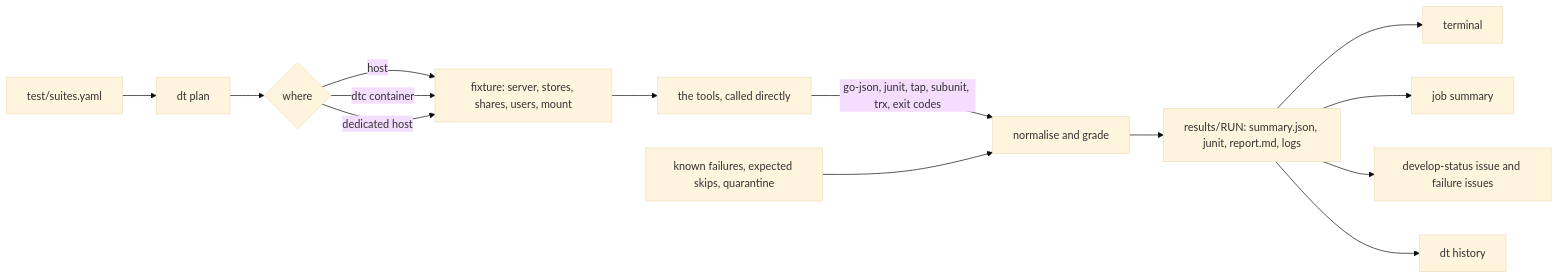
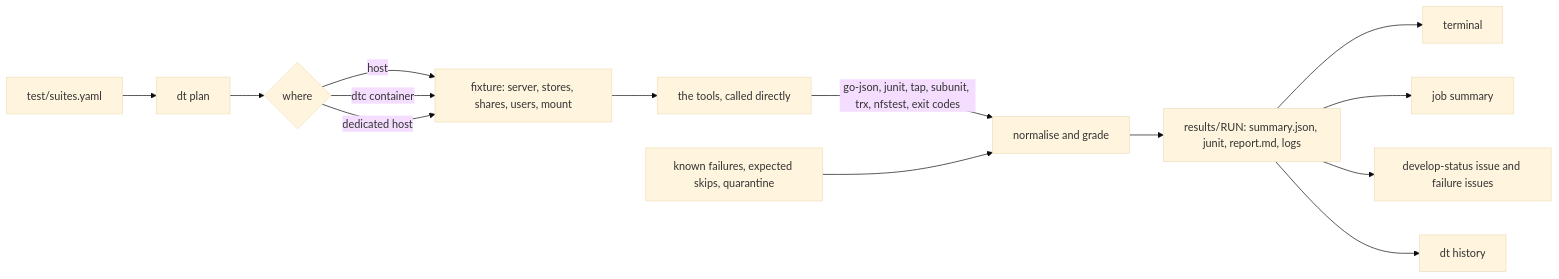
Before and after one commit to marmos91/dittofs: the diagram in docs/internals/rfcs/rfc-29-test-harness.md, drawn with Mermaid (base theme). The commit also changed other lines of this file and 34 other files, not shown here.

````diff
--- a/docs/internals/rfcs/rfc-29-test-harness.md
+++ b/docs/internals/rfcs/rfc-29-test-harness.md
@@ -386,16 +386,16 @@
 ```mermaid
 flowchart LR
   R[test/suites.yaml] --> P[dt plan]
   P --> X{where}
   X -->|host| F[fixture: server, stores, shares, users, mount]
   X -->|dtc container| F
   X -->|dedicated host| F
   F --> E[the tools, called directly]
-  E -->|go-json, junit, tap, subunit, trx, exit codes| N[normalise and grade]
+  E -->|go-json, junit, tap, subunit, trx, nfstest, exit codes| N[normalise and grade]
   K[known failures, expected skips, quarantine] --> N
   N --> S[results/RUN: summary.json, junit, report.md, logs]
   S --> T[terminal]
   S --> J[job summary]
   S --> I[develop-status issue and failure issues]
   S --> H[dt history]
 ```
````
